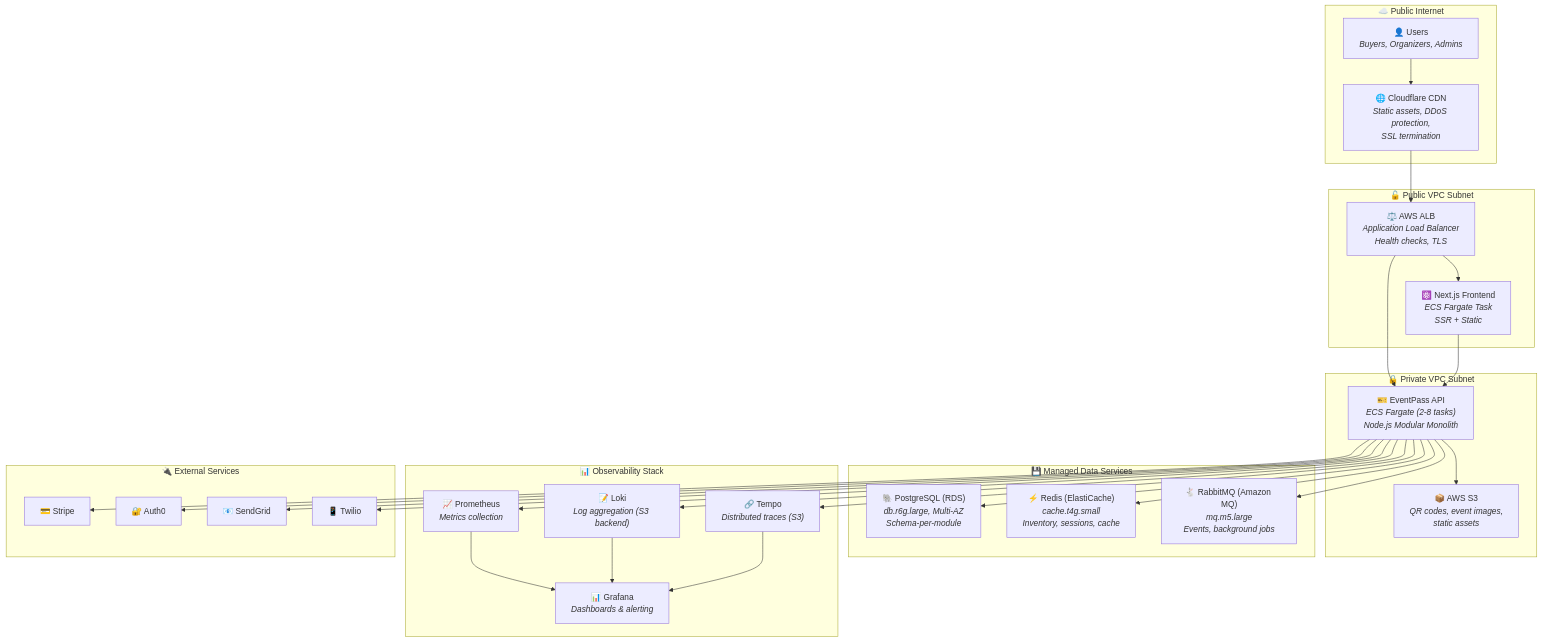
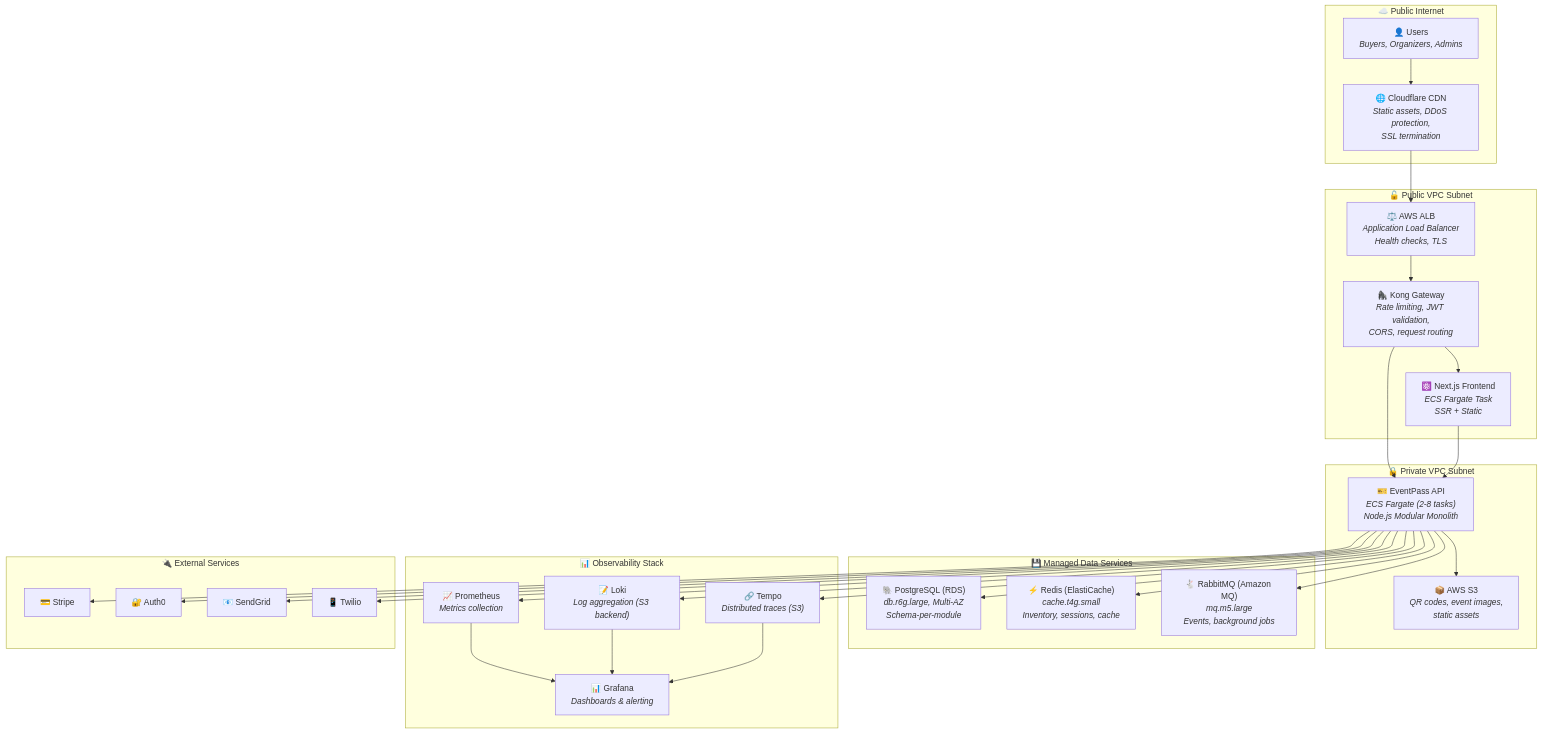
Before and after one commit to Esaban17/eventpass-architecture: the diagram in diagrams/04-deployment.md, drawn with Mermaid. The commit also changed other lines of this file, not shown here.

First line of the commit message:
fix(phase-6): reconcile cost table and add Kong Gateway to deployment diagram

````diff
--- a/diagrams/04-deployment.md
+++ b/diagrams/04-deployment.md
@@ -9,57 +9,59 @@
 ```mermaid
 graph TB
     subgraph Internet["☁️ Public Internet"]
         Users["👤 Users<br/><i>Buyers, Organizers, Admins</i>"]
         CF["🌐 Cloudflare CDN<br/><i>Static assets, DDoS protection,<br/>SSL termination</i>"]
     end
 
     subgraph PublicVPC["🔓 Public VPC Subnet"]
         ALB["⚖️ AWS ALB<br/><i>Application Load Balancer<br/>Health checks, TLS</i>"]
+        Kong["🦍 Kong Gateway<br/><i>Rate limiting, JWT validation,<br/>CORS, request routing</i>"]
         NextJS["⚛️ Next.js Frontend<br/><i>ECS Fargate Task<br/>SSR + Static</i>"]
     end
 
     subgraph PrivateVPC["🔒 Private VPC Subnet"]
         ECS["🎫 EventPass API<br/><i>ECS Fargate (2-8 tasks)<br/>Node.js Modular Monolith</i>"]
         S3["📦 AWS S3<br/><i>QR codes, event images,<br/>static assets</i>"]
     end
 
     subgraph Data["💾 Managed Data Services"]
         RDS["🐘 PostgreSQL (RDS)<br/><i>db.r6g.large, Multi-AZ<br/>Schema-per-module</i>"]
         Redis["⚡ Redis (ElastiCache)<br/><i>cache.t4g.small<br/>Inventory, sessions, cache</i>"]
         RMQ["🐇 RabbitMQ (Amazon MQ)<br/><i>mq.m5.large<br/>Events, background jobs</i>"]
     end
 
     subgraph Observability["📊 Observability Stack"]
         Prom["📈 Prometheus<br/><i>Metrics collection</i>"]
         Loki["📝 Loki<br/><i>Log aggregation (S3 backend)</i>"]
         Tempo["🔗 Tempo<br/><i>Distributed traces (S3)</i>"]
         Graf["📊 Grafana<br/><i>Dashboards & alerting</i>"]
     end
 
     subgraph External["🔌 External Services"]
         Stripe["💳 Stripe"]
         Auth0["🔐 Auth0"]
         SendGrid["📧 SendGrid"]
         Twilio["📱 Twilio"]
     end
 
     Users --> CF
     CF --> ALB
-    ALB --> NextJS
-    ALB --> ECS
+    ALB --> Kong
+    Kong --> NextJS
+    Kong --> ECS
     NextJS --> ECS
     ECS --> RDS
     ECS --> Redis
     ECS --> RMQ
     ECS --> S3
     ECS --> Stripe
     ECS --> Auth0
     ECS --> SendGrid
     ECS --> Twilio
     ECS --> Prom
     ECS --> Loki
     ECS --> Tempo
     Prom --> Graf
     Loki --> Graf
     Tempo --> Graf
 ```
````
